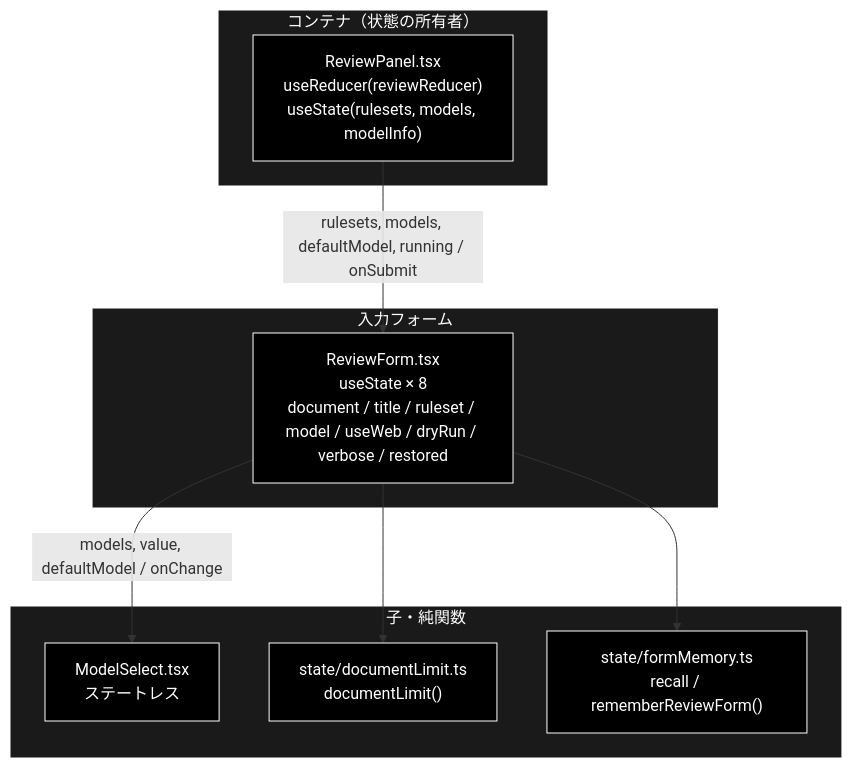
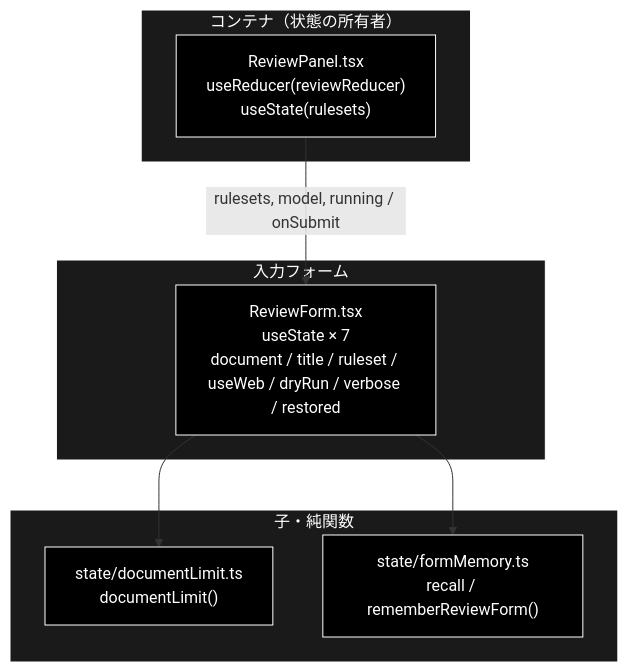
One commit to nakashima2toshio/grace_v2_local changed the first of 3 diagrams in frontend/docs/ReviewForm.md. Above: the diagram before and after it, drawn with Mermaid. The commit also changed other lines of this file and 25 other files, not shown here.

````diff
--- a/frontend/docs/ReviewForm.md
+++ b/frontend/docs/ReviewForm.md
@@ -62,24 +62,22 @@
 ```mermaid
 flowchart TB
     subgraph Container["コンテナ（状態の所有者）"]
-        RP["ReviewPanel.tsx<br>useReducer(reviewReducer)<br>useState(rulesets, models, modelInfo)"]
+        RP["ReviewPanel.tsx<br>useReducer(reviewReducer)<br>useState(rulesets)"]
     end
     subgraph Form["入力フォーム"]
-        RF["ReviewForm.tsx<br>useState × 8<br>document / title / ruleset / model / useWeb / dryRun / verbose / restored"]
+        RF["ReviewForm.tsx<br>useState × 7<br>document / title / ruleset / useWeb / dryRun / verbose / restored"]
     end
     subgraph Children["子・純関数"]
-        MS["ModelSelect.tsx<br>ステートレス"]
         DL["state/documentLimit.ts<br>documentLimit()"]
         FM["state/formMemory.ts<br>recall / rememberReviewForm()"]
     end
-    RP -->|"rulesets, models, defaultModel, running / onSubmit"| RF
-    RF -->|"models, value, defaultModel / onChange"| MS
+    RP -->|"rulesets, model, running / onSubmit"| RF
     RF --> DL
     RF --> FM
 classDef default fill:#000,stroke:#fff,color:#fff
 classDef subgraphStyle fill:#1a1a1a,stroke:#fff,color:#fff
-class RP,RF,MS,DL,FM default
+class RP,RF,DL,FM default
 style Container fill:#1a1a1a,stroke:#fff,color:#fff
 style Form fill:#1a1a1a,stroke:#fff,color:#fff
 style Children fill:#1a1a1a,stroke:#fff,color:#fff
 ```
````
